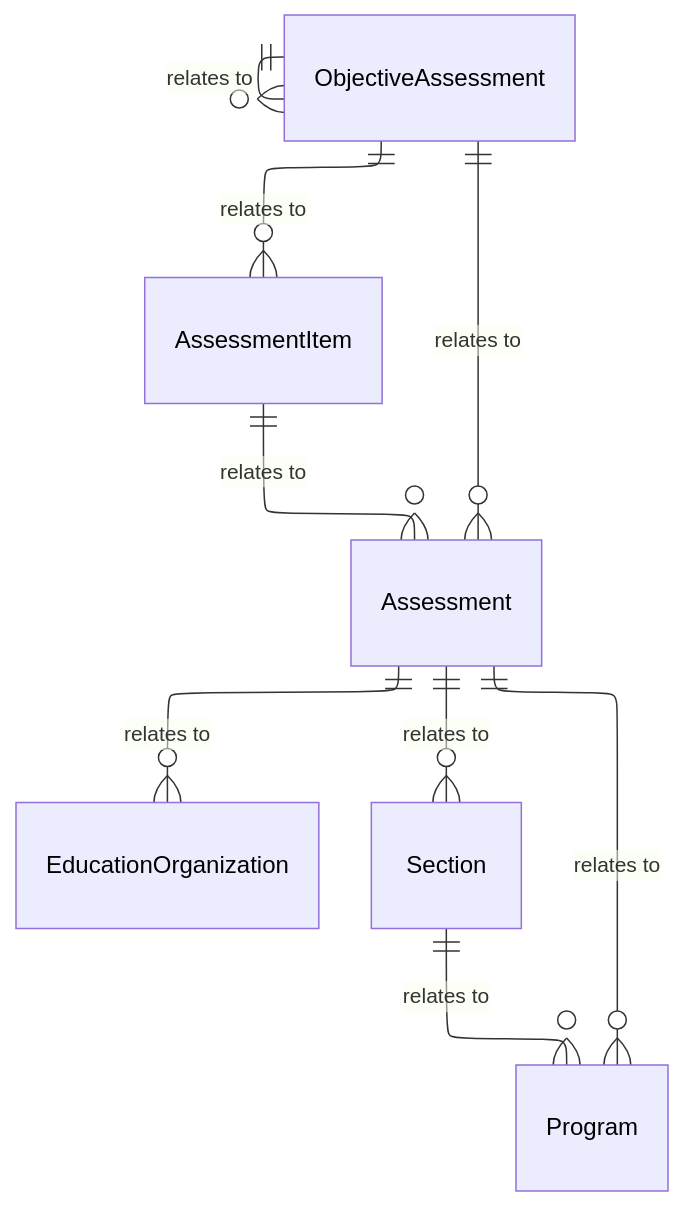
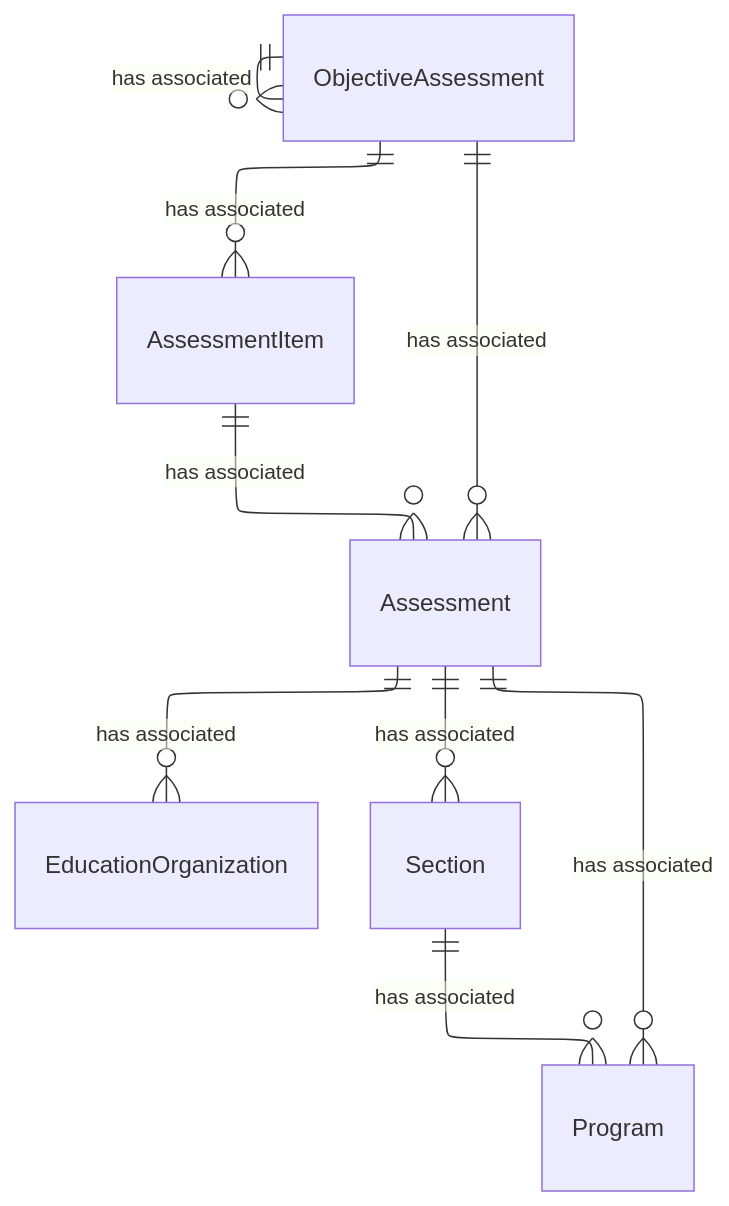
One commit to Ed-Fi-Alliance-OSS/ed-fi-alliance-oss.github.io changed the third of 4 diagrams in dataStandard_versioned_docs/version-6/model-reference/assessment-domain/model-diagrams.md. Above: the diagram before and after it, drawn with Mermaid. The commit also changed other lines of this file and 24 other files, not shown here.

````diff
--- a/dataStandard_versioned_docs/version-6/model-reference/assessment-domain/model-diagrams.md
+++ b/dataStandard_versioned_docs/version-6/model-reference/assessment-domain/model-diagrams.md
@@ -130,33 +128,27 @@
 ```mermaid
 ---
 config:
   layout: elk
 ---
 erDiagram
     Assessment {
     }
     ObjectiveAssessment {
     }
     AssessmentItem {
     }
     EducationOrganization {
     }
     Section {
     }
     Program {
     }
-    ObjectiveAssessment ||--o{ ObjectiveAssessment : "relates to"
-    ObjectiveAssessment ||--o{ AssessmentItem : "relates to"
-    ObjectiveAssessment ||--o{ Assessment : "relates to"
-    AssessmentItem ||--o{ Assessment : "relates to"
-    Assessment ||--o{ EducationOrganization : "relates to"
-    Assessment ||--o{ Section : "relates to"
-    Assessment ||--o{ Program : "relates to"
-    Section ||--o{ Program : "relates to"
-    style Assessment color:#000000
-    style ObjectiveAssessment color:#000000
-    style AssessmentItem color:#000000
-    style EducationOrganization color:#000000
-    style Section color:#000000
-    style Program color:#000000
+    ObjectiveAssessment ||--o{ ObjectiveAssessment : "has associated"
+    ObjectiveAssessment ||--o{ AssessmentItem : "has associated"
+    ObjectiveAssessment ||--o{ Assessment : "has associated"
+    AssessmentItem ||--o{ Assessment : "has associated"
+    Assessment ||--o{ EducationOrganization : "has associated"
+    Assessment ||--o{ Section : "has associated"
+    Assessment ||--o{ Program : "has associated"
+    Section ||--o{ Program : "has associated"
 ```
````
